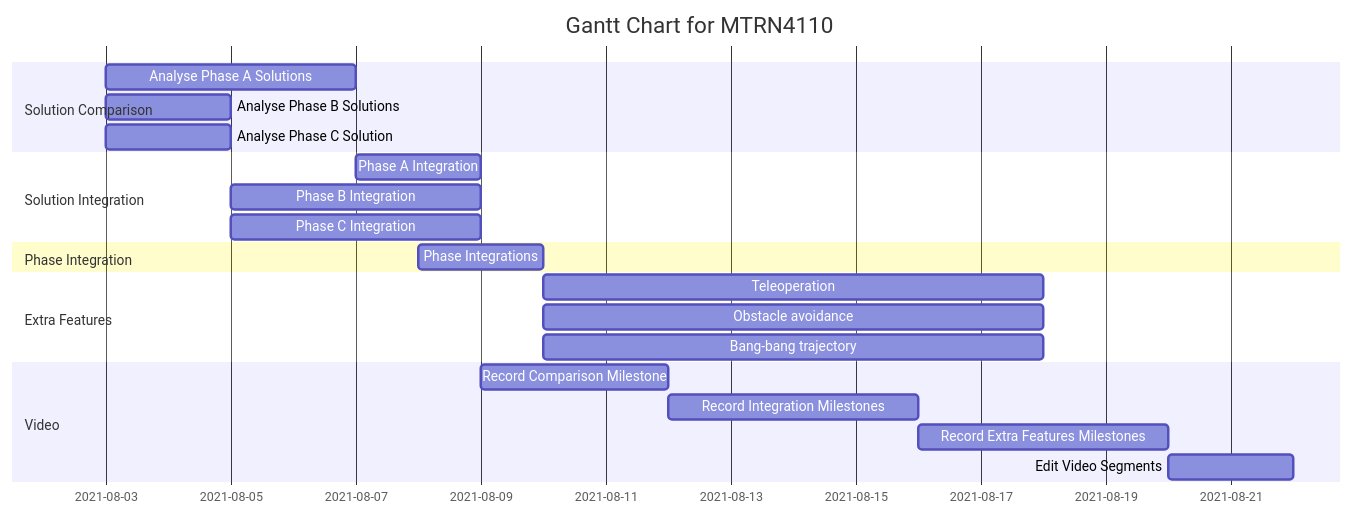
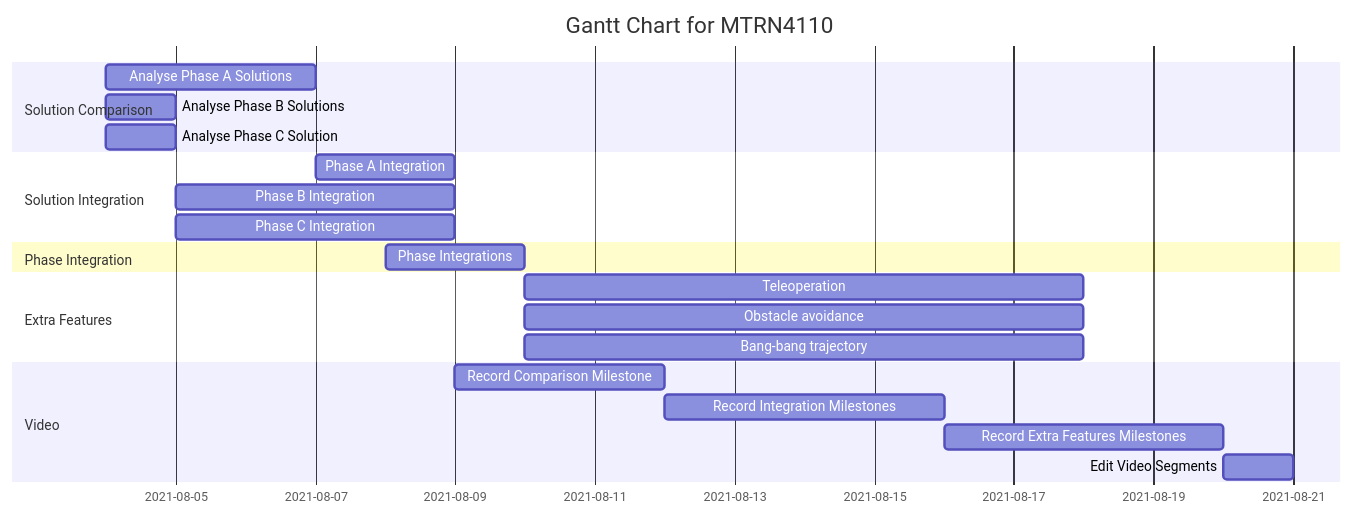
Before and after one commit to dennuguyen/mtrn4110-proj: the diagram in README.md, drawn with Mermaid.

Commit message:
Started working on 4th not 3rd

````diff
--- a/README.md
+++ b/README.md
@@ -5,28 +5,28 @@
 ```mermaid
 gantt
     title Gantt Chart for MTRN4110
     dateFormat  DD-MM-YYYY
     section Solution Comparison
-    Analyse Phase A Solutions       :03-08-2021, 07-08-2021
-    Analyse Phase B Solutions       :03-08-2021, 05-08-2021
-    Analyse Phase C Solution        :03-08-2021, 05-08-2021
+    Analyse Phase A Solutions       :04-08-2021, 07-08-2021
+    Analyse Phase B Solutions       :04-08-2021, 05-08-2021
+    Analyse Phase C Solution        :04-08-2021, 05-08-2021
 
     section Solution Integration
     Phase A Integration             :07-08-2021, 2d
     Phase B Integration             :05-08-2021, 4d
     Phase C Integration             :05-08-2021, 4d
 
     section Phase Integration
     Phase Integrations              :08-08-2021, 2d
 
     section Extra Features
     Teleoperation              :10-08-2021, 8d
     Obstacle avoidance         :10-08-2021, 8d
     Bang-bang trajectory       :10-08-2021, 8d
 
     section Video
     Record Comparison Milestone           :09-08-2021, 3d
     Record Integration Milestones         :12-08-2021, 4d
     Record Extra Features Milestones      :16-08-2021, 4d
-    Edit Video Segments                   :20-08-2021, 2d
+    Edit Video Segments                   :20-08-2021, 1d
 ```
````
